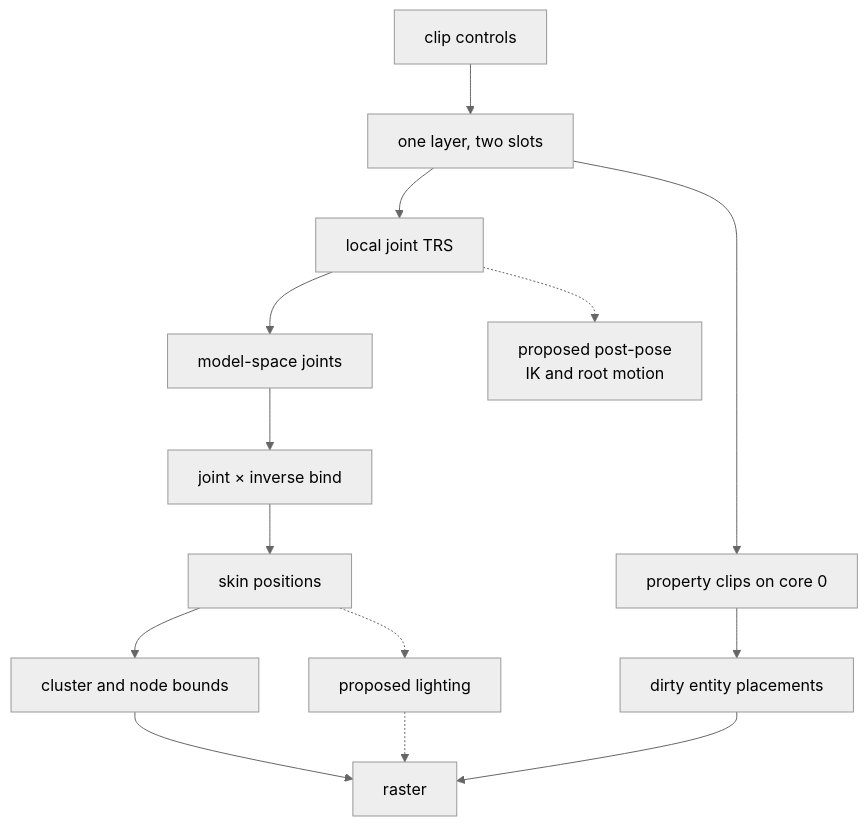
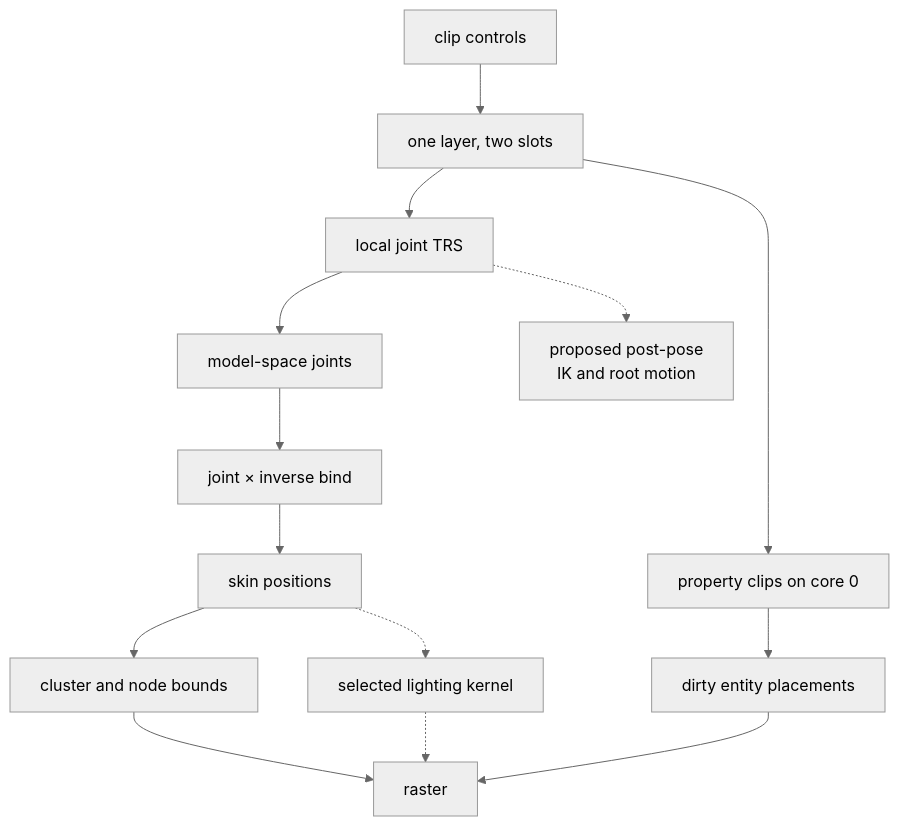
Before and after one commit to jose-villegas/autana: the diagram in docs/plans/Animation-System-Design-Sketch.md, drawn with Mermaid (neutral theme). The commit also changed other lines of this file and 17 other files, not shown here.

Commit message:
render: add per-renderer skin lighting modes

````diff
--- a/docs/plans/Animation-System-Design-Sketch.md
+++ b/docs/plans/Animation-System-Design-Sketch.md
@@ -18,16 +20,16 @@
 ```mermaid
 flowchart TB
     Params["clip controls"] --> Graph["one layer, two slots"]
     Graph --> Pose["local joint TRS"]
     Pose --> Model["model-space joints"]
     Model --> Palette["joint × inverse bind"]
     Palette --> Skin["skin positions"]
     Skin --> Bounds["cluster and node bounds"]
     Bounds --> Raster["raster"]
     Graph --> Property["property clips on core 0"]
     Property --> Placement["dirty entity placements"]
     Placement --> Raster
     Pose -.-> Post["proposed post-pose<br/>IK and root motion"]
-    Skin -.-> Light["proposed lighting"]
+    Skin -.-> Light["selected lighting kernel"]
     Light -.-> Raster
 ```
````
